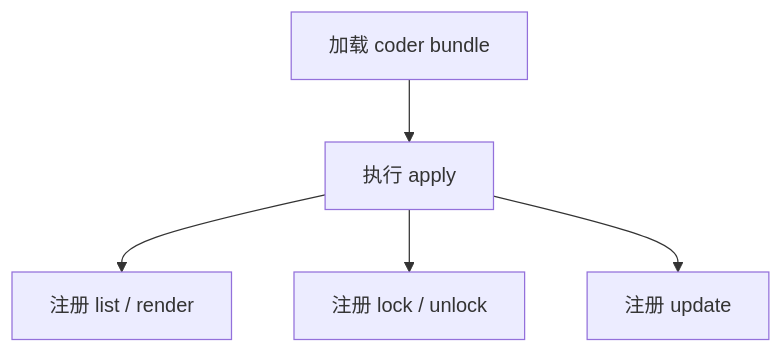
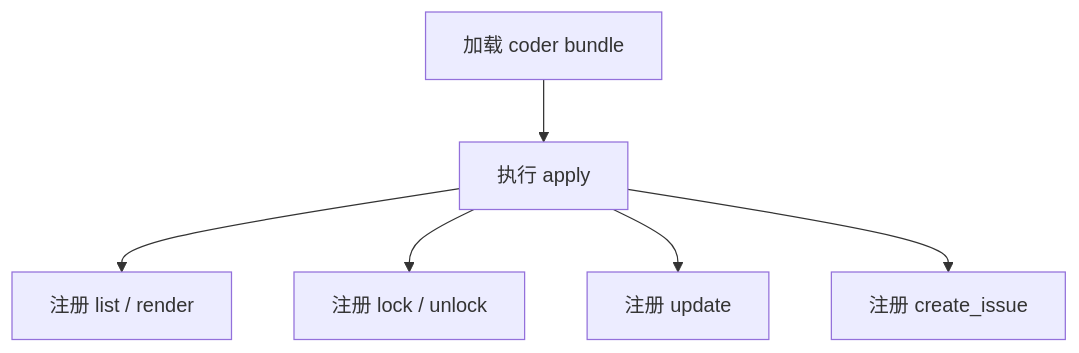
One commit to Cangjier/coder changed the ninth of 14 diagrams in .coder/design/flow.md. Above: the diagram before and after it, drawn with Mermaid. The commit also changed other lines of this file and 37 other files, not shown here.

````diff
--- a/.coder/design/flow.md
+++ b/.coder/design/flow.md
@@ -55,7 +111,8 @@
 ```mermaid
 flowchart TD
   A[加载 coder bundle] --> B[执行 apply]
   B --> C[注册 list / render]
   B --> D[注册 lock / unlock]
   B --> E[注册 update]
+  B --> F[注册 create_issue]
 ```
````
